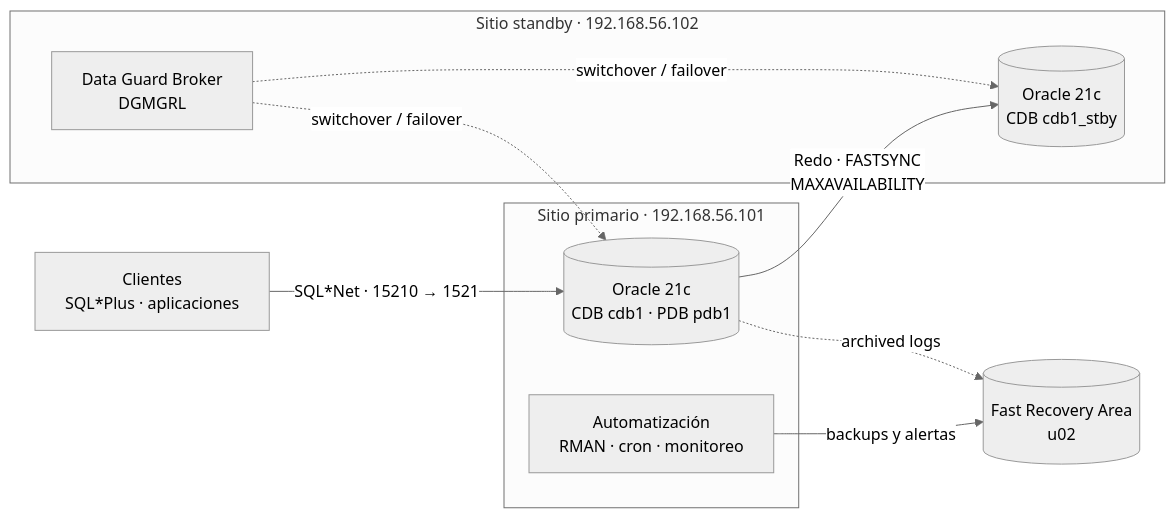
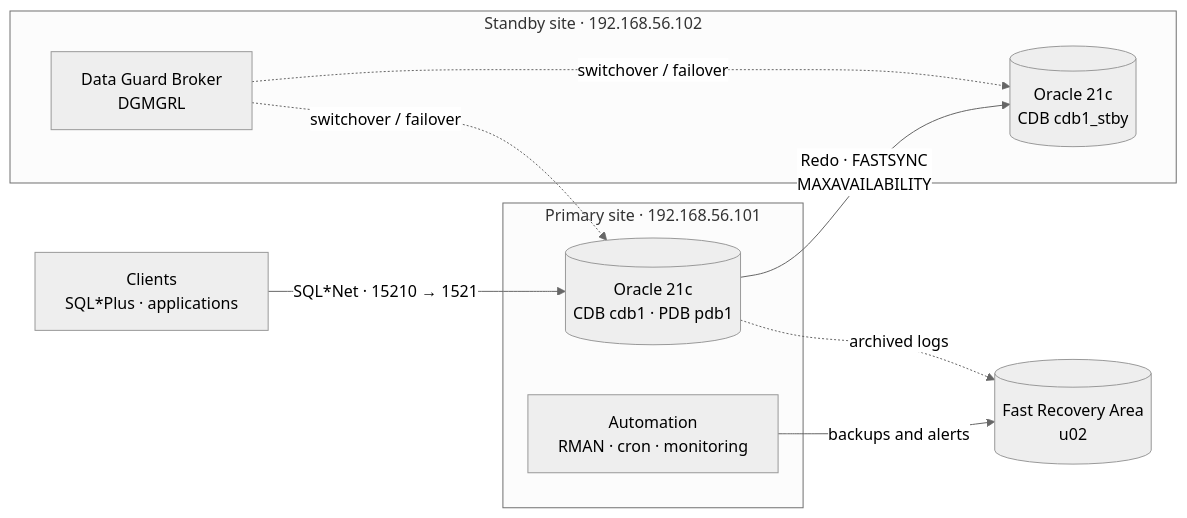
Before and after one commit to KendallSN/Healthcare_operations_platform: the first of 2 diagrams in README.md, drawn with Mermaid (neutral theme). The commit also changed other lines of this file, not shown here.

````diff
--- a/README.md
+++ b/README.md
@@ -48,23 +45,23 @@
 ```mermaid
 flowchart LR
-    Client["Clientes<br/>SQL*Plus · aplicaciones"]
+    Client["Clients<br/>SQL*Plus · applications"]
 
-    subgraph PRIMARY["Sitio primario · 192.168.56.101"]
+    subgraph PRIMARY["Primary site · 192.168.56.101"]
         P[("Oracle 21c<br/>CDB cdb1 · PDB pdb1")]
-        AUT["Automatización<br/>RMAN · cron · monitoreo"]
+        AUT["Automation<br/>RMAN · cron · monitoring"]
     end
 
-    subgraph STANDBY["Sitio standby · 192.168.56.102"]
+    subgraph STANDBY["Standby site · 192.168.56.102"]
         S[("Oracle 21c<br/>CDB cdb1_stby")]
         BRK["Data Guard Broker<br/>DGMGRL"]
     end
 
     FRA[("Fast Recovery Area<br/>u02")]
 
     Client -->|"SQL*Net · 15210 → 1521"| P
     P -->|"Redo · FASTSYNC<br/>MAXAVAILABILITY"| S
     BRK -.->|"switchover / failover"| P
     BRK -.->|"switchover / failover"| S
-    AUT -->|"backups y alertas"| FRA
+    AUT -->|"backups and alerts"| FRA
     P -.->|"archived logs"| FRA
 ```
````
